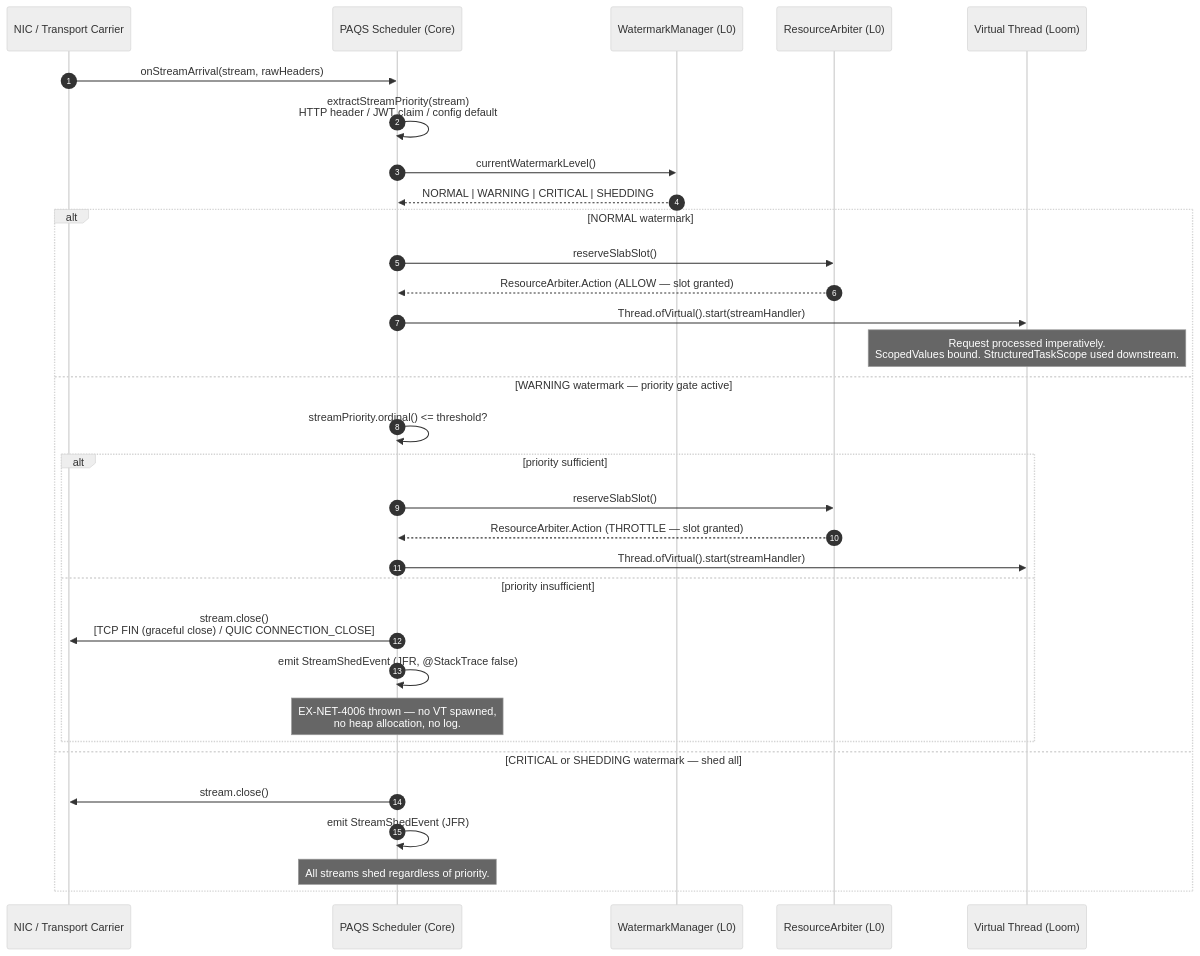
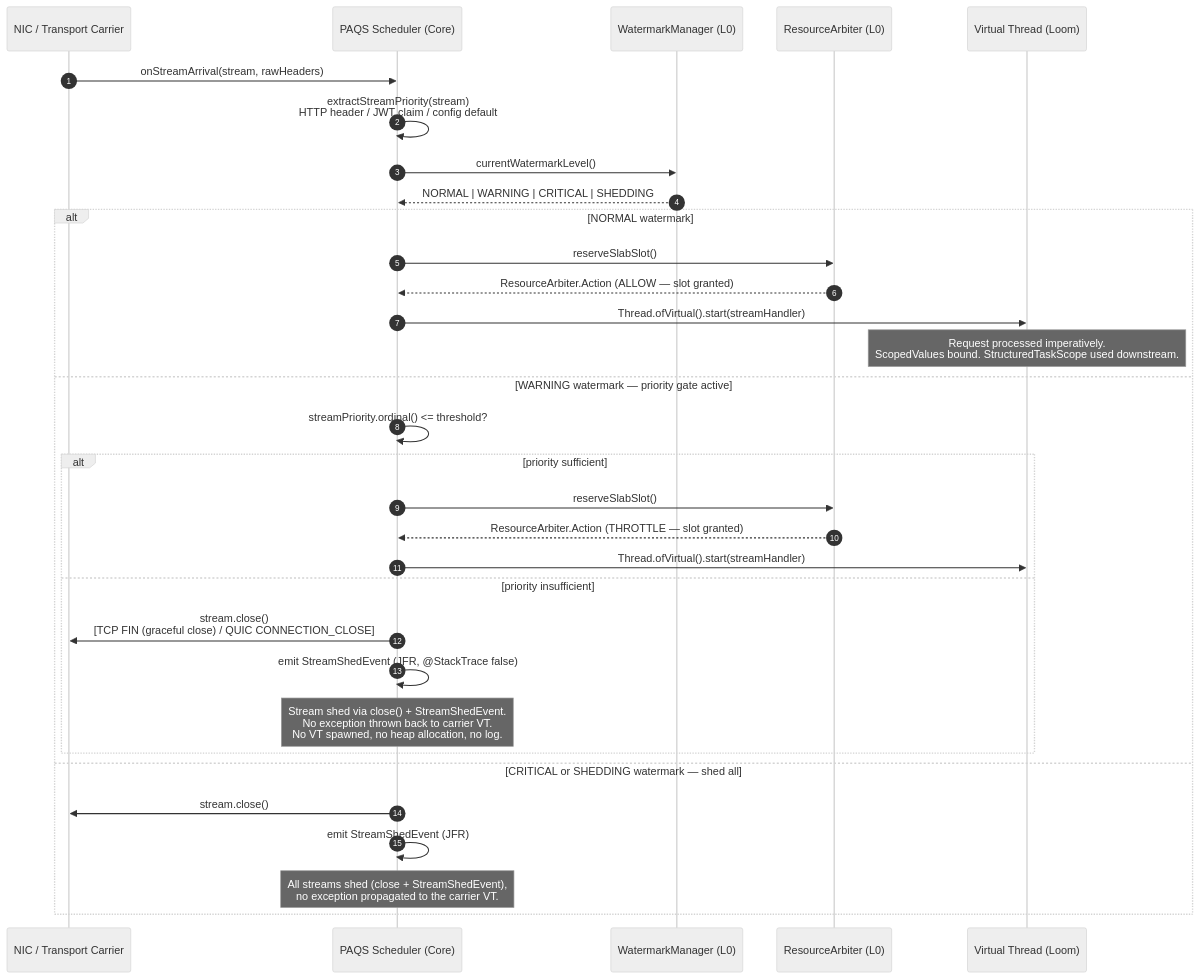
The diagram in docs/subsystems/transport.md (exeris-systems/exeris-kernel), drawn with Mermaid (neutral theme) before and after one commit. The commit also changed 6 other files, not shown here.

````diff
--- a/docs/subsystems/transport.md
+++ b/docs/subsystems/transport.md
@@ -182,37 +182,37 @@
 ```mermaid
 sequenceDiagram
     autonumber
     participant NIC   as NIC / Transport Carrier
     participant PAQS  as PAQS Scheduler (Core)
     participant WM    as WatermarkManager (L0)
     participant RA    as ResourceArbiter (L0)
     participant VT    as Virtual Thread (Loom)
 
     NIC->>PAQS: onStreamArrival(stream, rawHeaders)
     PAQS->>PAQS: extractStreamPriority(stream)<br/>HTTP header / JWT claim / config default
 
     PAQS->>WM: currentWatermarkLevel()
     WM-->>PAQS: NORMAL | WARNING | CRITICAL | SHEDDING
 
     alt NORMAL watermark
         PAQS->>RA: reserveSlabSlot()
         RA-->>PAQS: ResourceArbiter.Action (ALLOW — slot granted)
         PAQS->>VT: Thread.ofVirtual().start(streamHandler)
         Note over VT: Request processed imperatively.<br/>ScopedValues bound. StructuredTaskScope used downstream.
     else WARNING watermark — priority gate active
         PAQS->>PAQS: streamPriority.ordinal() <= threshold?
         alt priority sufficient
             PAQS->>RA: reserveSlabSlot()
             RA-->>PAQS: ResourceArbiter.Action (THROTTLE — slot granted)
             PAQS->>VT: Thread.ofVirtual().start(streamHandler)
         else priority insufficient
             PAQS->>NIC: stream.close()<br/>[TCP FIN (graceful close) / QUIC CONNECTION_CLOSE]
             PAQS->>PAQS: emit StreamShedEvent (JFR, @StackTrace false)
-            Note over PAQS: EX-NET-4006 thrown — no VT spawned,<br/>no heap allocation, no log.
+            Note over PAQS: Stream shed via close() + StreamShedEvent.<br/>No exception thrown back to carrier VT.<br/>No VT spawned, no heap allocation, no log.
         end
     else CRITICAL or SHEDDING watermark — shed all
         PAQS->>NIC: stream.close()
         PAQS->>PAQS: emit StreamShedEvent (JFR)
-        Note over PAQS: All streams shed regardless of priority.
+        Note over PAQS: All streams shed (close + StreamShedEvent),<br/>no exception propagated to the carrier VT.
     end
 ```
````
